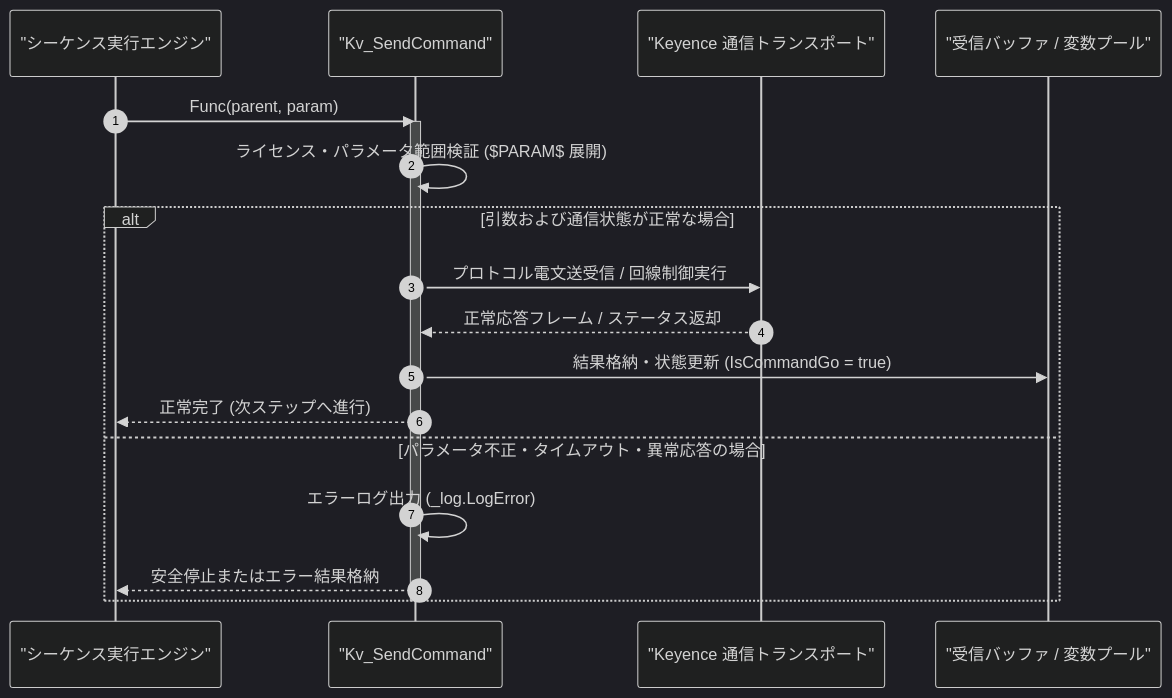
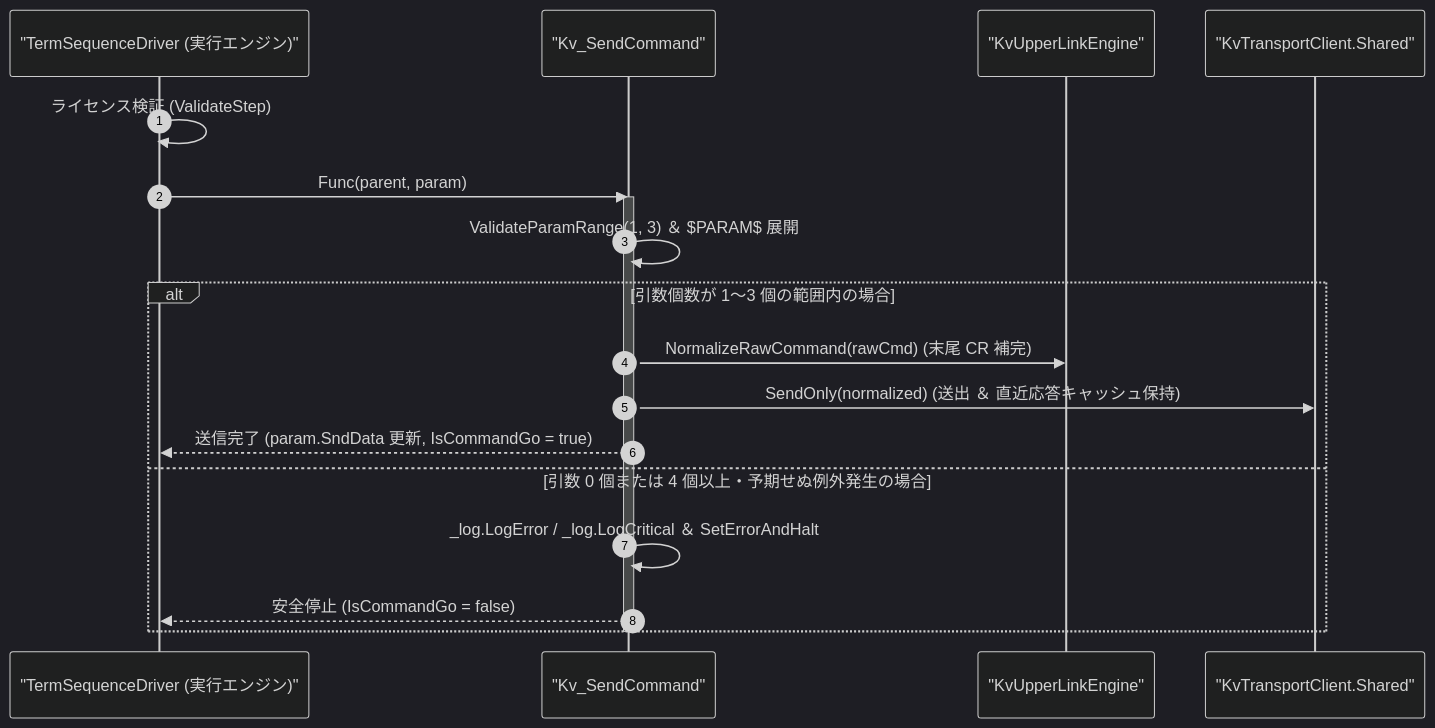
Before and after one commit to Monaca-App/TermAddIn: the diagram in Manual/Keyence/Kv_Send.Md, drawn with Mermaid (dark theme). The commit also changed other lines of this file and 157 other files, not shown here.

````diff
--- a/Manual/Keyence/Kv_Send.Md
+++ b/Manual/Keyence/Kv_Send.Md
@@ -65,22 +71,22 @@
 ```mermaid
 sequenceDiagram
     autonumber
-    participant Script as "シーケンス実行エンジン"
+    participant Driver as "TermSequenceDriver (実行エンジン)"
     participant Cmd as "Kv_SendCommand"
-    participant Trans as "Keyence 通信トランスポート"
-    participant Buf as "受信バッファ / 変数プール"
+    participant Engine as "KvUpperLinkEngine"
+    participant Trans as "KvTransportClient.Shared"
 
-    Script->>Cmd: Func(parent, param)
+    Driver->>Driver: ライセンス検証 (ValidateStep)
+    Driver->>Cmd: Func(parent, param)
     activate Cmd
-    Cmd->>Cmd: ライセンス・パラメータ範囲検証 ($PARAM$ 展開)
-    alt 引数および通信状態が正常な場合
-        Cmd->>Trans: プロトコル電文送受信 / 回線制御実行
-        Trans-->>Cmd: 正常応答フレーム / ステータス返却
-        Cmd->>Buf: 結果格納・状態更新 (IsCommandGo = true)
-        Cmd-->>Script: 正常完了 (次ステップへ進行)
-    else パラメータ不正・タイムアウト・異常応答の場合
-        Cmd->>Cmd: エラーログ出力 (_log.LogError)
-        Cmd-->>Script: 安全停止またはエラー結果格納
+    Cmd->>Cmd: ValidateParamRange(1, 3) ＆ $PARAM$ 展開
+    alt 引数個数が 1〜3 個の範囲内の場合
+        Cmd->>Engine: NormalizeRawCommand(rawCmd) (末尾 CR 補完)
+        Cmd->>Trans: SendOnly(normalized) (送出 ＆ 直近応答キャッシュ保持)
+        Cmd-->>Driver: 送信完了 (param.SndData 更新, IsCommandGo = true)
+    else 引数 0 個または 4 個以上・予期せぬ例外発生の場合
+        Cmd->>Cmd: _log.LogError / _log.LogCritical ＆ SetErrorAndHalt
+        Cmd-->>Driver: 安全停止 (IsCommandGo = false)
     end
     deactivate Cmd
 ```
````
